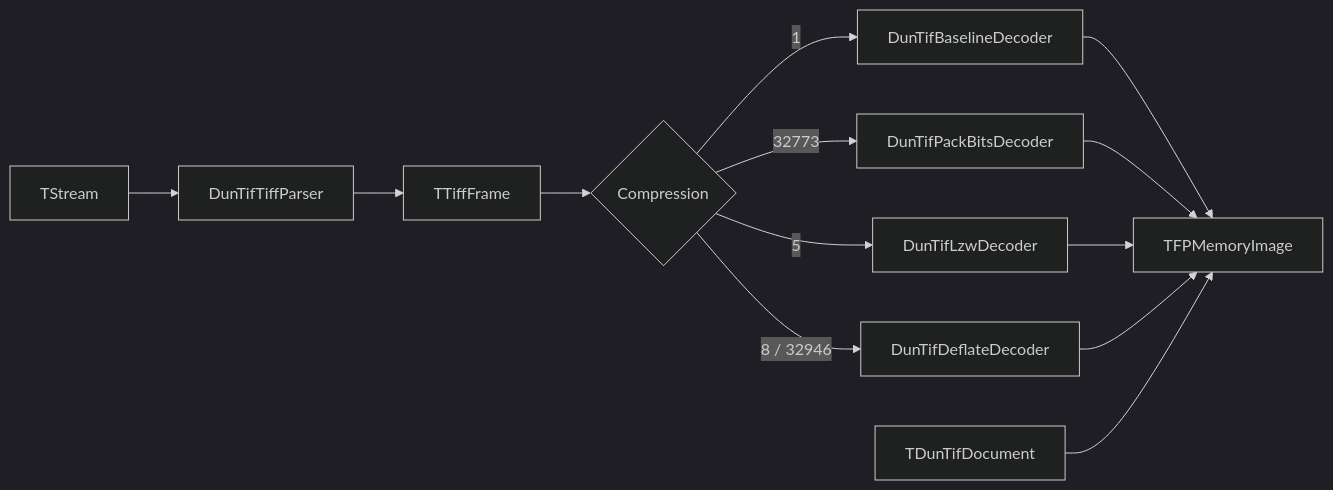
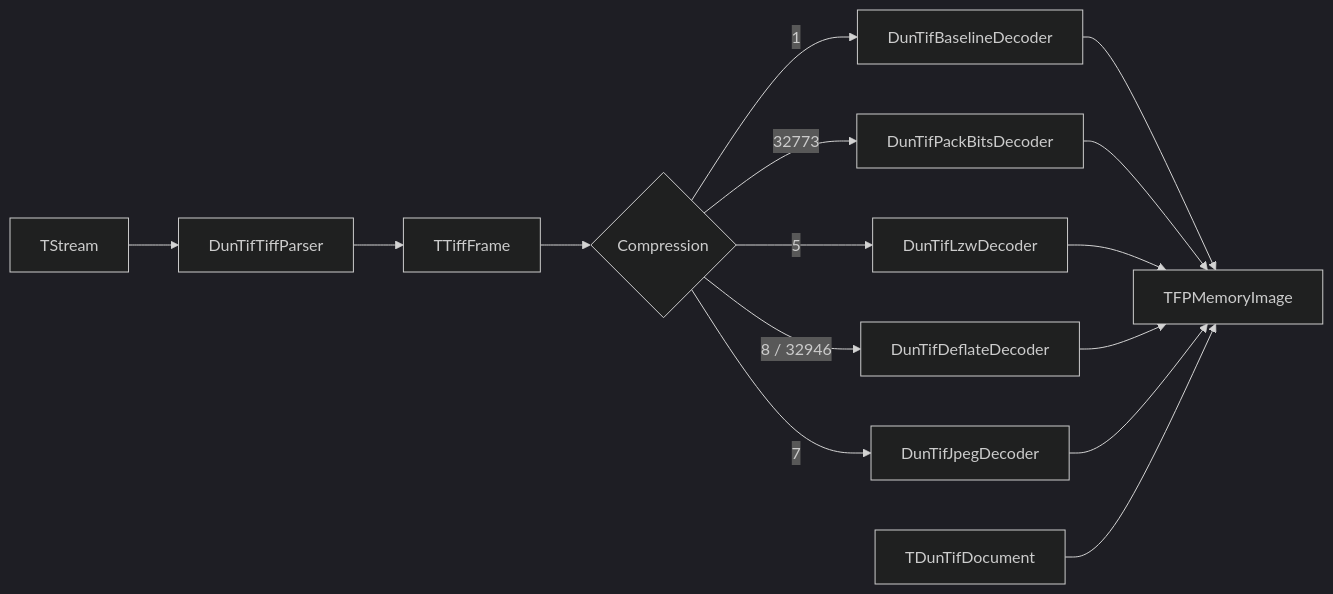
One commit to daniel-sap/duntiff-lazarus changed the diagram in Doc/ARCHITECTURE.bg.md. Above: the diagram before and after it, drawn with Mermaid (dark theme). The commit also changed other lines of this file and 7 other files, not shown here.

First line of the commit message:
refactor(DunTif): split TIFF parse into ReadFileHeader and ParseFrame

````diff
--- a/Doc/ARCHITECTURE.bg.md
+++ b/Doc/ARCHITECTURE.bg.md
@@ -25,20 +27,22 @@
 ```mermaid
 flowchart LR
   tifStream[TStream]
   tiffParser[DunTifTiffParser]
   frame[TTiffFrame]
   decode{Compression}
   baseline[DunTifBaselineDecoder]
   packbits[DunTifPackBitsDecoder]
   lzw[DunTifLzwDecoder]
   deflate[DunTifDeflateDecoder]
+  jpeg[DunTifJpegDecoder]
   doc[TDunTifDocument]
   fpimg[TFPMemoryImage]
 
   tifStream --> tiffParser --> frame --> decode
   decode -->|1| baseline --> fpimg
   decode -->|32773| packbits --> fpimg
   decode -->|5| lzw --> fpimg
   decode -->|8 / 32946| deflate --> fpimg
+  decode -->|7| jpeg --> fpimg
   doc --> fpimg
 ```
````
